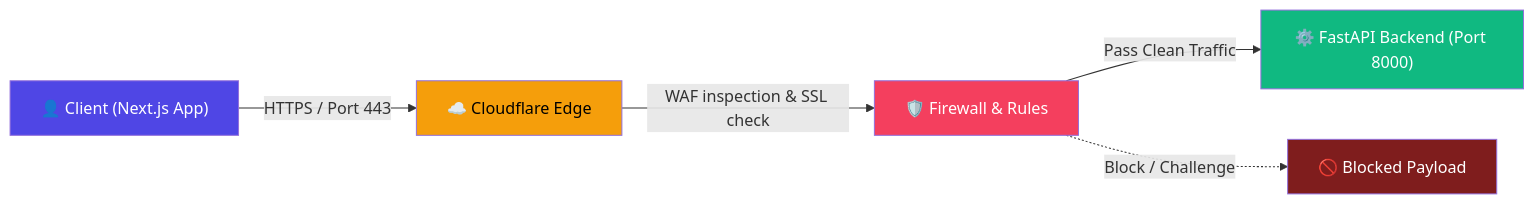
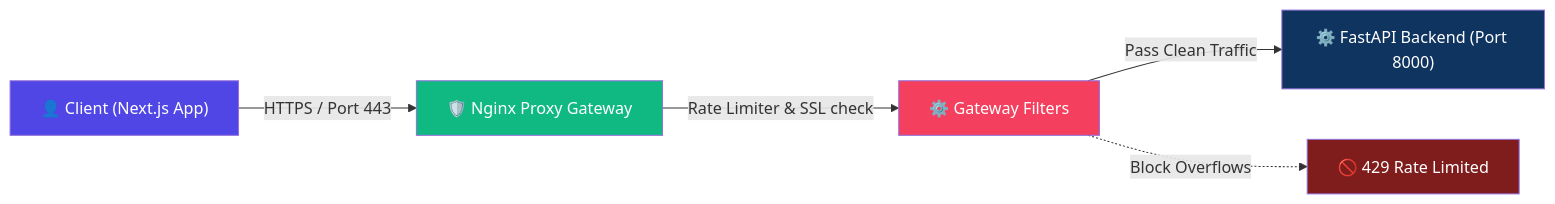
The second of 3 diagrams in docs/02-TRD.md (algorithnicmind/Bookflow-management), drawn with Mermaid before and after one commit. The commit also changed other lines of this file and 1 other file, not shown here.

````diff
--- a/docs/02-TRD.md
+++ b/docs/02-TRD.md
@@ -107,13 +107,13 @@
 ```mermaid
 graph LR
-    User["👤 Client (Next.js App)"] -->|HTTPS / Port 443| CF["☁️ Cloudflare Edge"]
-    CF -->|WAF inspection & SSL check| WAF["🛡️ Firewall & Rules"]
-    WAF -->|Pass Clean Traffic| FastAPI["⚙️ FastAPI Backend (Port 8000)"]
-    WAF -.->|Block / Challenge| Drop["🚫 Blocked Payload"]
+    User["👤 Client (Next.js App)"] -->|HTTPS / Port 443| Nginx["🛡️ Nginx Proxy Gateway"]
+    Nginx -->|Rate Limiter & SSL check| Filter["⚙️ Gateway Filters"]
+    Filter -->|Pass Clean Traffic| FastAPI["⚙️ FastAPI Backend (Port 8000)"]
+    Filter -.->|Block Overflows| Drop["🚫 429 Rate Limited"]
     
     style User fill:#4F46E5,color:#fff
-    style CF fill:#F59E0B,color:#000
-    style WAF fill:#F43F5E,color:#fff
-    style FastAPI fill:#10B981,color:#fff
+    style Nginx fill:#10B981,color:#fff
+    style Filter fill:#F43F5E,color:#fff
+    style FastAPI fill:#0f3460,color:#fff
     style Drop fill:#7f1d1d,color:#fff
 ```
````
